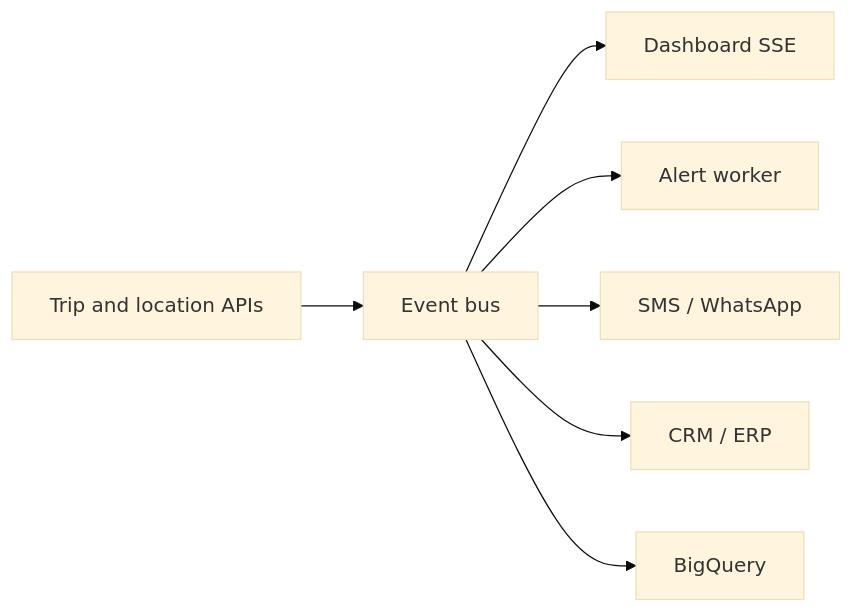
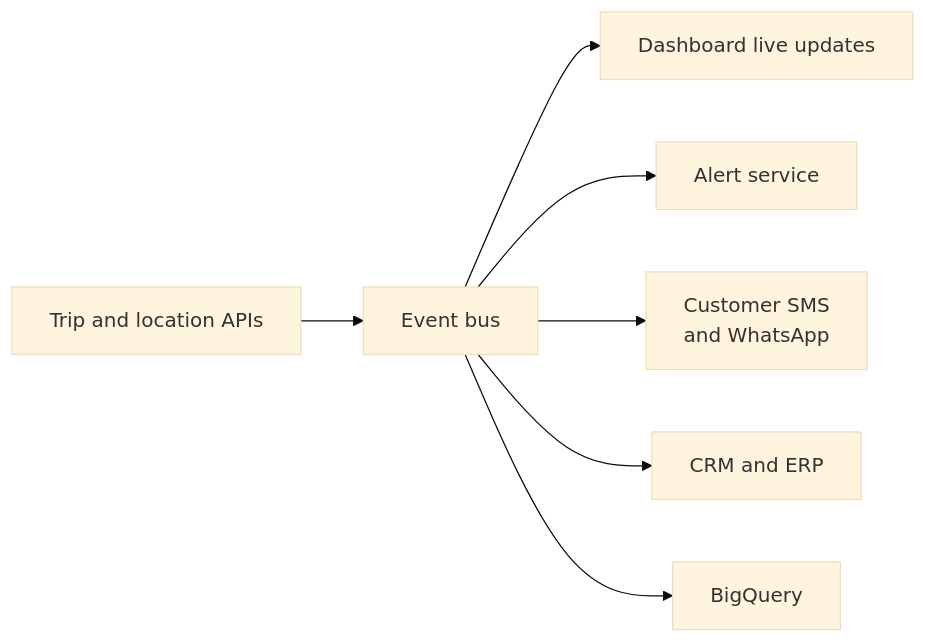
Before and after one commit to hiteshpachpor/awr-vehicle-logistics: the eighth of 11 diagrams in docs/deliverable-2-presentation-content.md, drawn with Mermaid (base theme). The commit also changed other lines of this file and 2 other files, not shown here.

````diff
--- a/docs/deliverable-2-presentation-content.md
+++ b/docs/deliverable-2-presentation-content.md
@@ -401,9 +365,9 @@
 ```mermaid
 flowchart LR
-  App[Trip and location APIs] --> Bus[Event bus]
-  Bus --> Dash[Dashboard SSE]
-  Bus --> Alerts[Alert worker]
-  Bus --> Notify[SMS / WhatsApp]
-  Bus --> CRM[CRM / ERP]
-  Bus --> BQ[BigQuery]
+  App["Trip and location APIs"] --> Bus["Event bus"]
+  Bus --> Dash["Dashboard live updates"]
+  Bus --> Alerts["Alert service"]
+  Bus --> Notify["Customer SMS<br/>and WhatsApp"]
+  Bus --> CRM["CRM and ERP"]
+  Bus --> BQ["BigQuery"]
 ```
````
